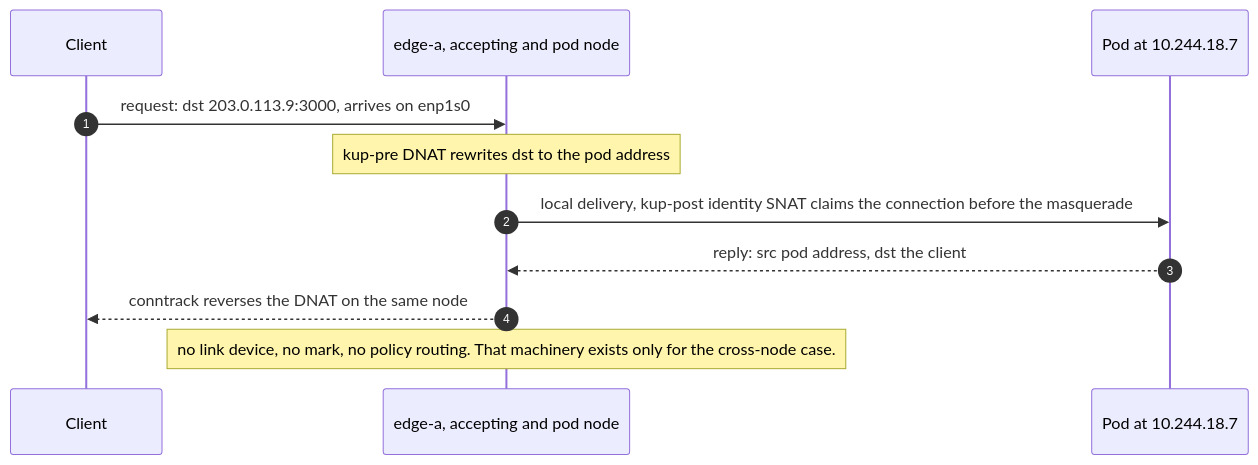
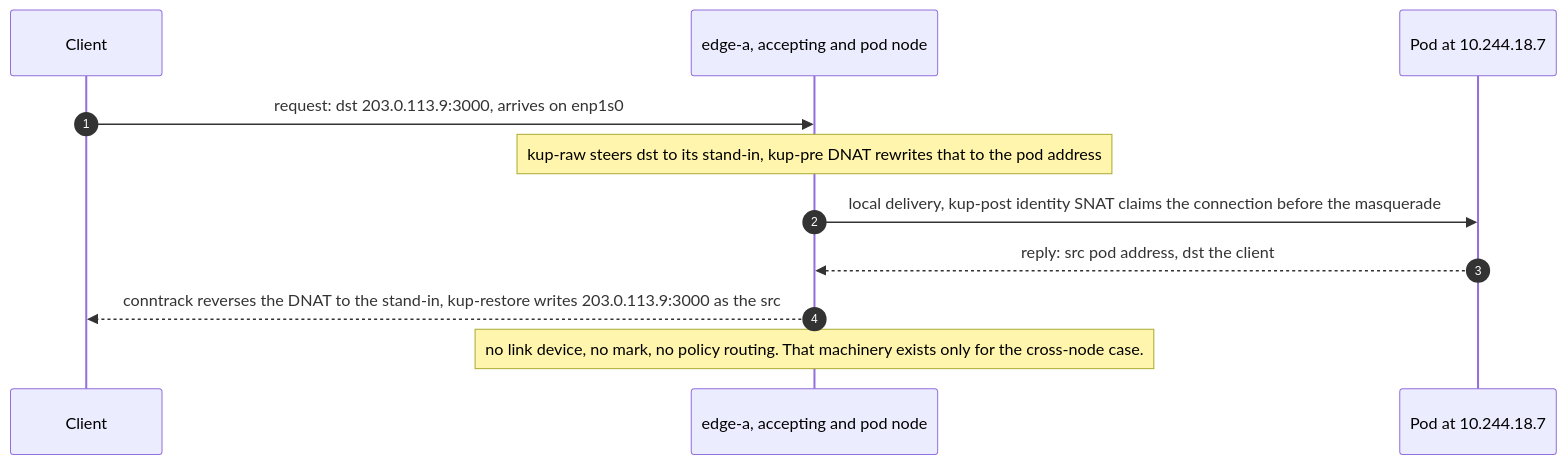
The first of 4 diagrams in docs/datapath.md (walzen-group/kuport), drawn with Mermaid before and after one commit. The commit also changed other lines of this file and 30 other files, not shown here.

````diff
--- a/docs/datapath.md
+++ b/docs/datapath.md
@@ -14,13 +17,13 @@
 ```mermaid
 sequenceDiagram
     autonumber
     participant C as Client
     participant N as edge-a, accepting and pod node
     participant P as Pod at 10.244.18.7
     C->>N: request: dst 203.0.113.9:3000, arrives on enp1s0
-    Note over N: kup-pre DNAT rewrites dst to the pod address
+    Note over N: kup-raw steers dst to its stand-in, kup-pre DNAT rewrites that to the pod address
     N->>P: local delivery, kup-post identity SNAT claims the connection before the masquerade
     P-->>N: reply: src pod address, dst the client
-    N-->>C: conntrack reverses the DNAT on the same node
+    N-->>C: conntrack reverses the DNAT to the stand-in, kup-restore writes 203.0.113.9:3000 as the src
     Note over N: no link device, no mark, no policy routing. That machinery exists only for the cross-node case.
 ```
````
